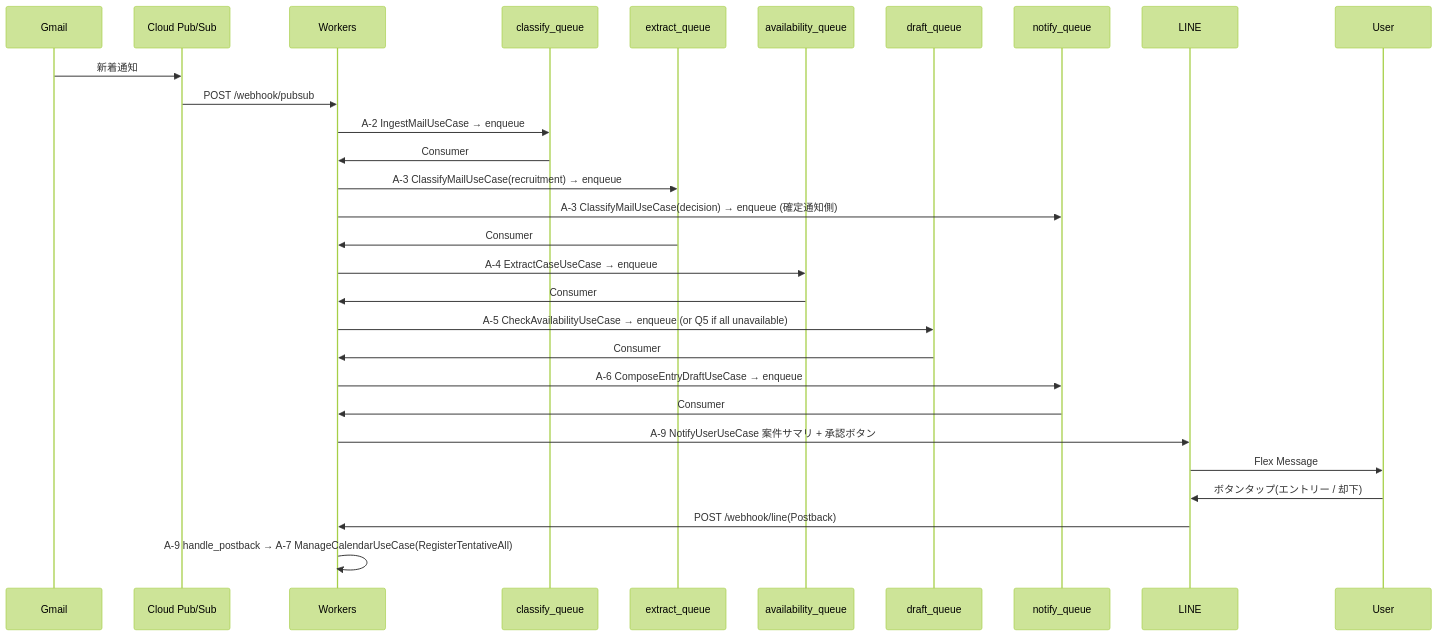
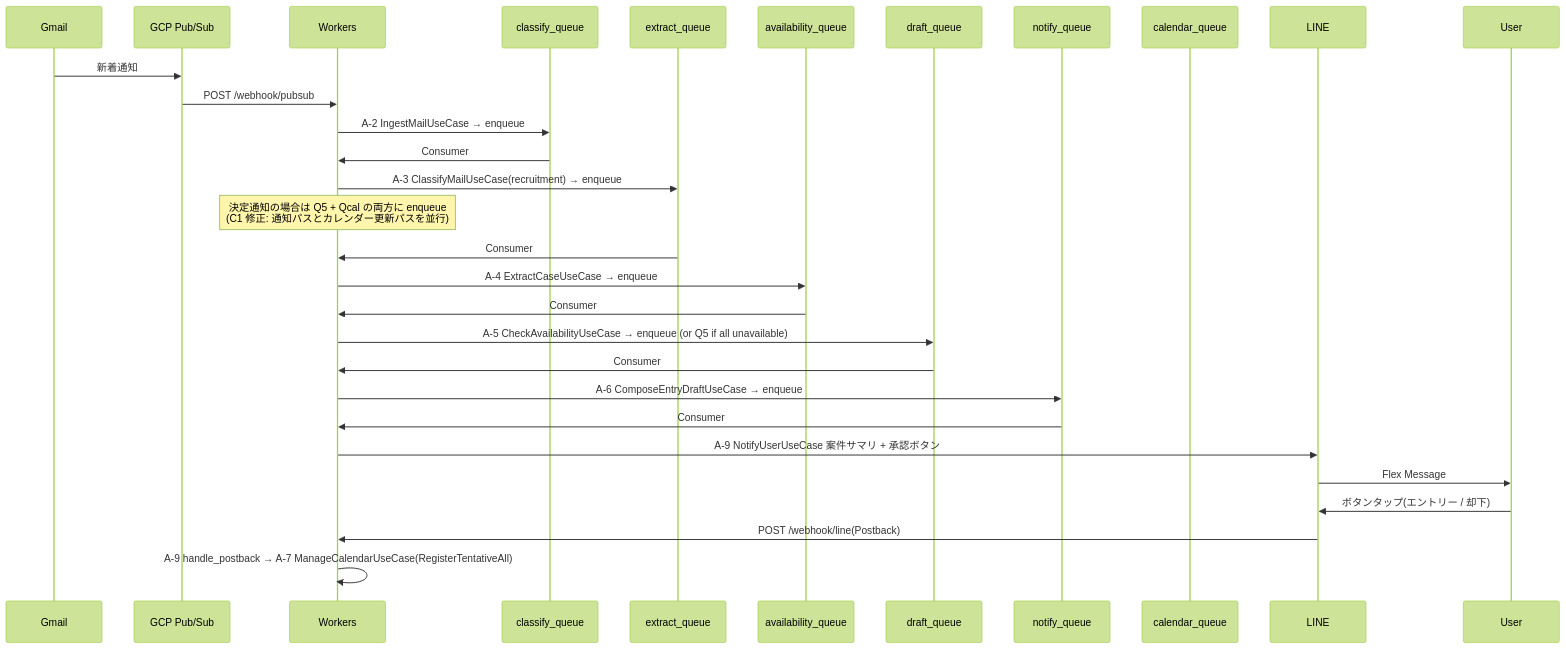
One commit to Nudel-LLC/auto-mc-operation changed the first of 3 diagrams in aidlc-docs/inception/application-design/services.md. Above: the diagram before and after it, drawn with Mermaid (forest theme). The commit also changed other lines of this file and 6 other files, not shown here.

````diff
--- a/aidlc-docs/inception/application-design/services.md
+++ b/aidlc-docs/inception/application-design/services.md
@@ -19,32 +19,33 @@
 ```mermaid
 sequenceDiagram
     participant Gmail
-    participant PubSub as Cloud Pub/Sub
+    participant PubSub as GCP Pub/Sub
     participant W as Workers
     participant Q1 as classify_queue
     participant Q2 as extract_queue
     participant Q3 as availability_queue
     participant Q4 as draft_queue
     participant Q5 as notify_queue
+    participant Qcal as calendar_queue
     participant LINE
     participant U as User
 
     Gmail->>PubSub: 新着通知
     PubSub->>W: POST /webhook/pubsub
     W->>Q1: A-2 IngestMailUseCase → enqueue
     Q1->>W: Consumer
     W->>Q2: A-3 ClassifyMailUseCase(recruitment) → enqueue
-    W->>Q5: A-3 ClassifyMailUseCase(decision) → enqueue (確定通知側)
+    Note over W: 決定通知の場合は Q5 + Qcal の両方に enqueue<br/>(C1 修正: 通知パスとカレンダー更新パスを並行)
     Q2->>W: Consumer
     W->>Q3: A-4 ExtractCaseUseCase → enqueue
     Q3->>W: Consumer
     W->>Q4: A-5 CheckAvailabilityUseCase → enqueue (or Q5 if all unavailable)
     Q4->>W: Consumer
     W->>Q5: A-6 ComposeEntryDraftUseCase → enqueue
     Q5->>W: Consumer
     W->>LINE: A-9 NotifyUserUseCase 案件サマリ + 承認ボタン
     LINE->>U: Flex Message
     U->>LINE: ボタンタップ(エントリー / 却下)
     LINE->>W: POST /webhook/line(Postback)
     W->>W: A-9 handle_postback → A-7 ManageCalendarUseCase(RegisterTentativeAll)
 ```
````
